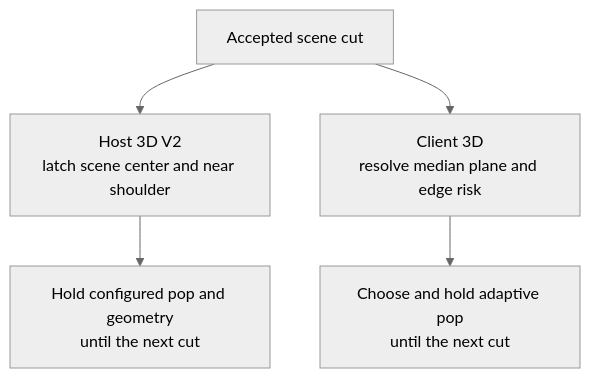
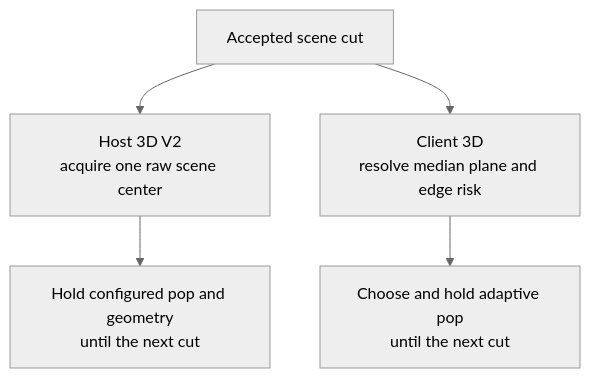
One commit to dcatcher9/Apollo-3D changed the second of 2 diagrams in README.md. Above: the diagram before and after it, drawn with Mermaid (neutral theme). The commit also changed other lines of this file and 182 other files, not shown here.

````diff
--- a/README.md
+++ b/README.md
@@ -129,8 +128,8 @@
 ```mermaid
 flowchart TD
     CUT["Accepted scene cut"]
-    CUT --> HOST["Host 3D V2<br/>latch scene center and near shoulder"]
+    CUT --> HOST["Host 3D V2<br/>acquire one raw scene center"]
     CUT --> CLIENT["Client 3D<br/>resolve median plane and edge risk"]
     HOST --> HOSTHOLD["Hold configured pop and geometry<br/>until the next cut"]
     CLIENT --> CLIENTHOLD["Choose and hold adaptive pop<br/>until the next cut"]
 ```
````
